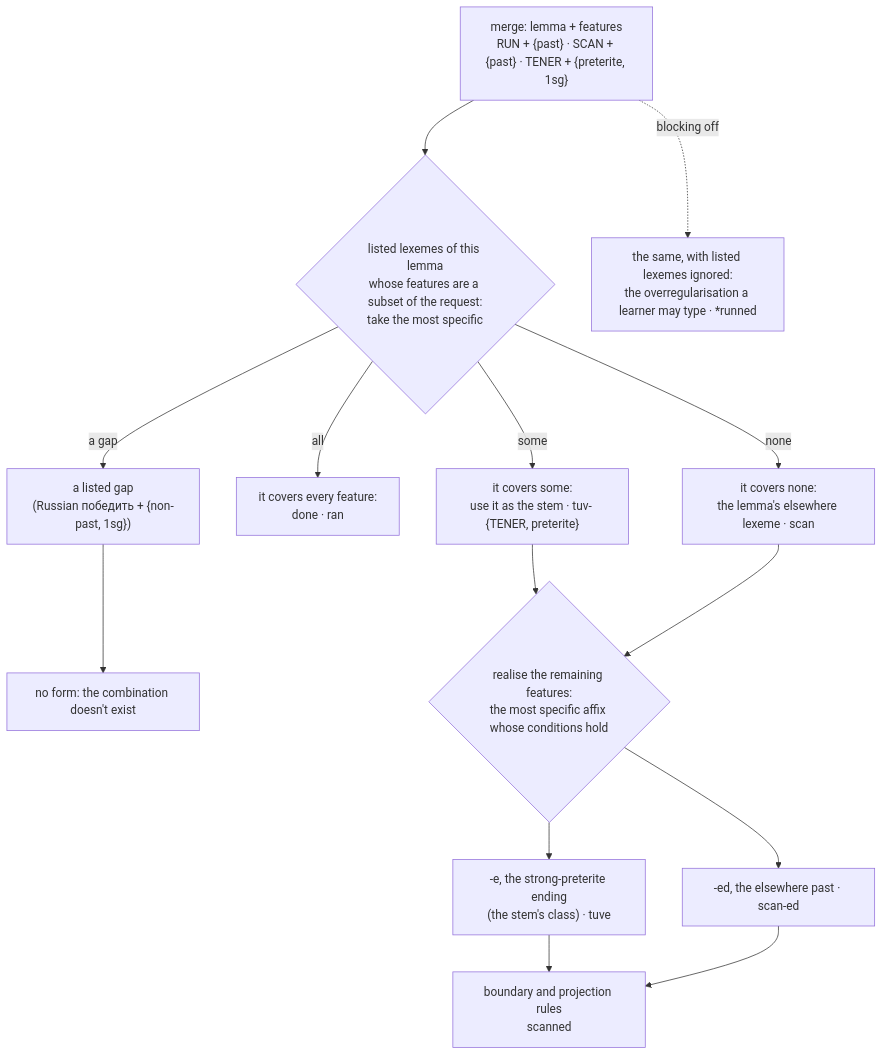
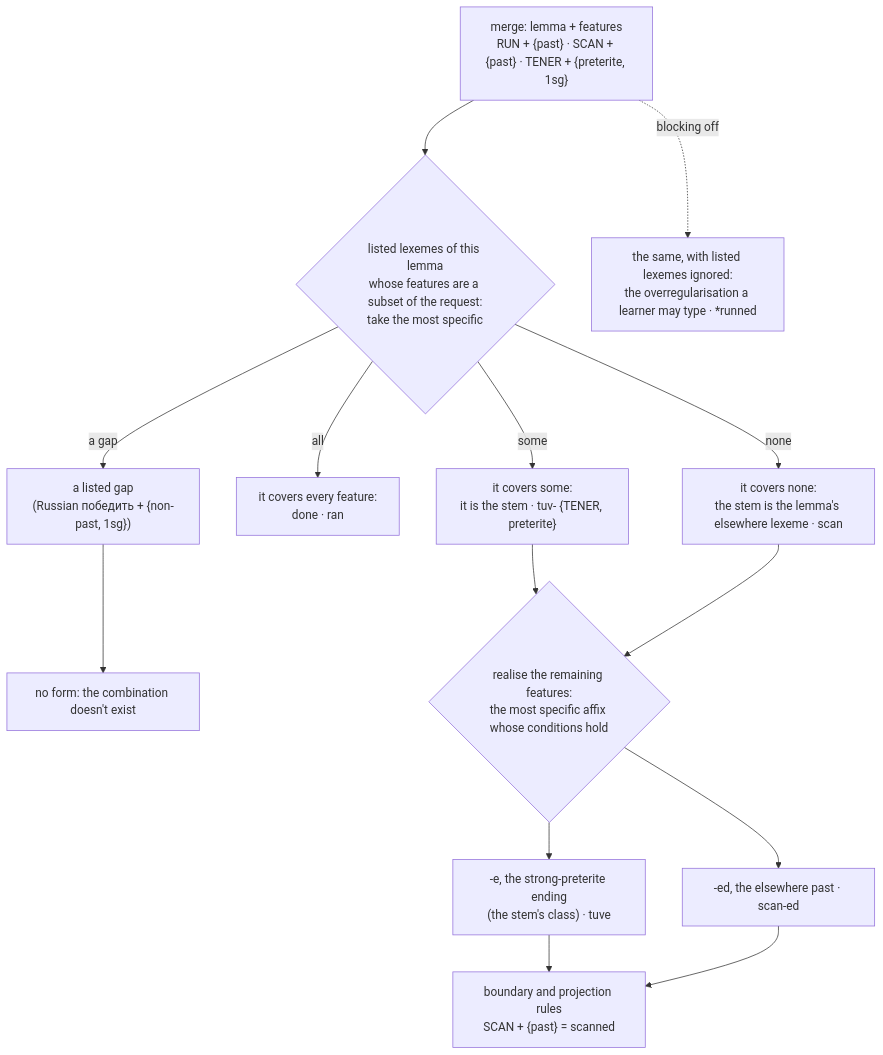
One commit to iwsfutcmd/nabu changed the third of 3 diagrams in docs/lexeme-model.md. Above: the diagram before and after it, drawn with Mermaid. The commit also changed other lines of this file, not shown here.

Commit message:
docs(lexeme-model): SCAN + past is scanned; stems labelled as stems
Claude-Session: https://claude.ai/code/session_01MGnmqZvvH9ygtf5DY6rbw8

````diff
--- a/docs/lexeme-model.md
+++ b/docs/lexeme-model.md
@@ -222,24 +221,24 @@
 ```mermaid
 flowchart TB
   REQ["merge: lemma + features<br/>RUN + {past} · SCAN + {past} · TENER + {preterite, 1sg}"]
   LOOK{"listed lexemes of this lemma<br/>whose features are a subset of the request:<br/>take the most specific"}
   GAP["a listed gap<br/>(Russian победить + {non-past, 1sg})"]
   NONE["no form: the combination doesn't exist"]
   ALL["it covers every feature:<br/>done · ran"]
-  PART["it covers some:<br/>use it as the stem · tuv‑ {TENER, preterite}"]
-  BASE["it covers none:<br/>the lemma's elsewhere lexeme · scan"]
+  PART["it covers some:<br/>it is the stem · tuv‑ {TENER, preterite}"]
+  BASE["it covers none:<br/>the stem is the lemma's elsewhere lexeme · scan"]
   AFF{"realise the remaining features:<br/>the most specific affix whose conditions hold"}
   A1["‑e, the strong-preterite ending<br/>(the stem's class) · tuve"]
   A2["‑ed, the elsewhere past · scan‑ed"]
-  BND["boundary and projection rules<br/>scanned"]
+  BND["boundary and projection rules<br/>SCAN + {past} = scanned"]
   OFF["the same, with listed lexemes ignored:<br/>the overregularisation a learner may type · *runned"]
 
   REQ --> LOOK
   LOOK -->|a gap| GAP --> NONE
   LOOK -->|all| ALL
   LOOK -->|some| PART --> AFF
   LOOK -->|none| BASE --> AFF
   AFF --> A1 --> BND
   AFF --> A2 --> BND
   REQ -.->|blocking off| OFF
 ```
````
